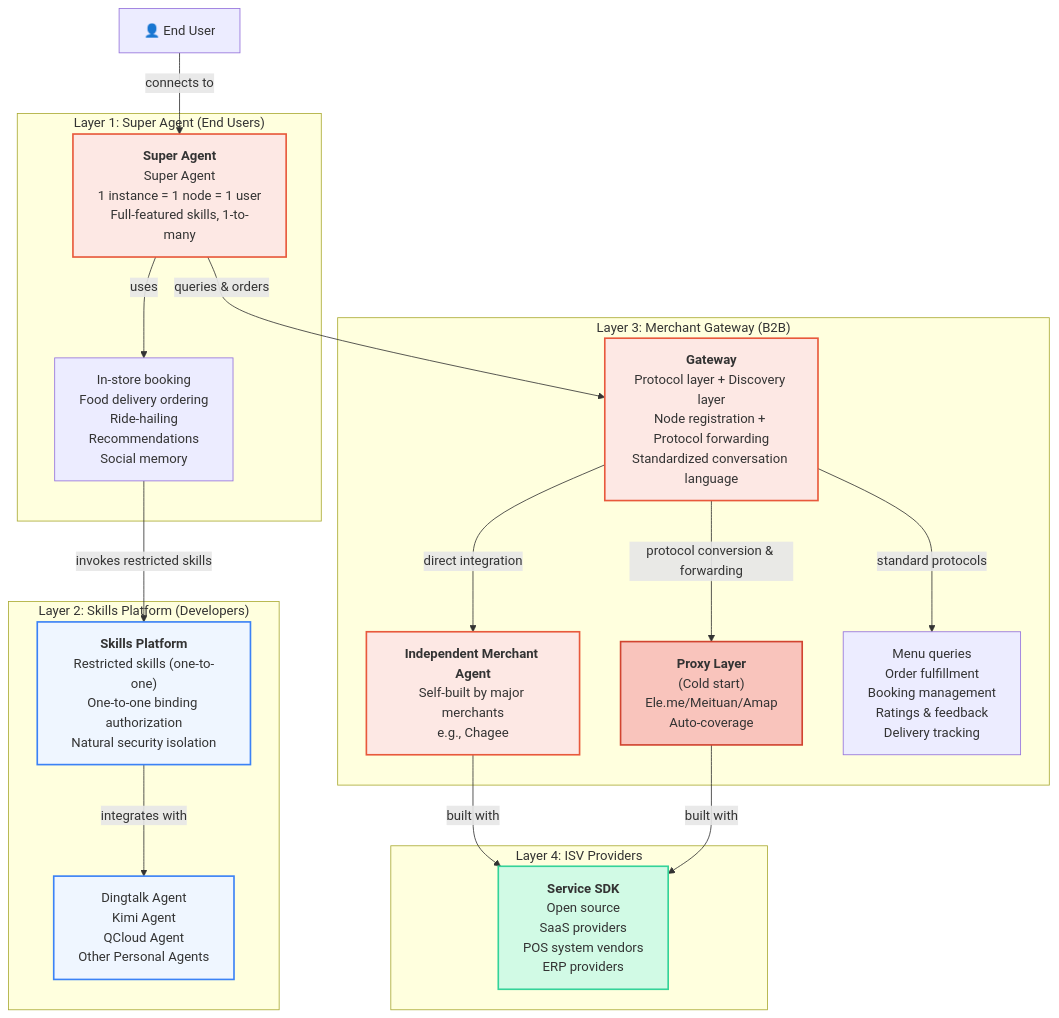
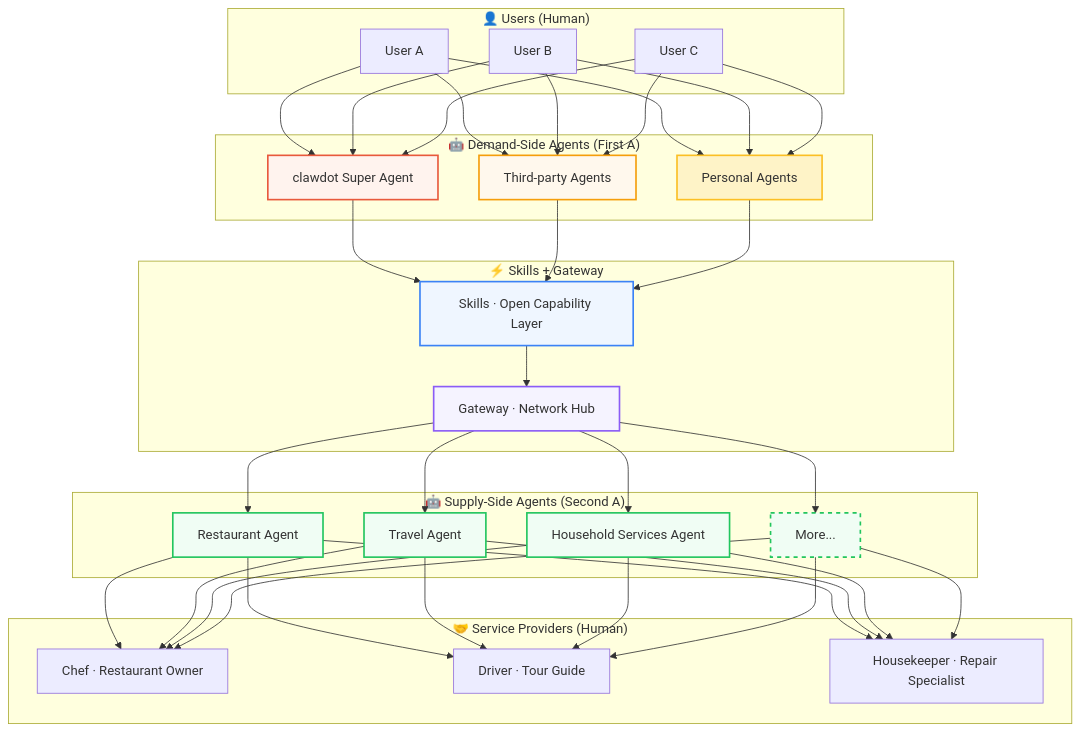
Before and after one commit to clawdot/docs: the diagram in en/overview/architecture.mdx, drawn with Mermaid. The commit also changed other lines of this file and 7 other files, not shown here.

````diff
--- a/en/overview/architecture.mdx
+++ b/en/overview/architecture.mdx
@@ -14,47 +14,48 @@
 ```mermaid
 graph TB
-    User["👤 End User"]
-
-    subgraph Layer1["Layer 1: Super Agent (End Users)"]
-        SA["<b>Super Agent</b><br/>Super Agent<br/>1 instance = 1 node = 1 user<br/>Full-featured skills, 1-to-many"]
-        SA_Skills["In-store booking<br/>Food delivery ordering<br/>Ride-hailing<br/>Recommendations<br/>Social memory"]
+    subgraph Users["👤 Users (Human)"]
+        U1["User A"]
+        U2["User B"]
+        U3["User C"]
     end
 
-    subgraph Layer2["Layer 2: Skills Platform (Developers)"]
-        Skills["<b>Skills Platform</b><br/>Restricted skills (one-to-one)<br/>One-to-one binding authorization<br/>Natural security isolation"]
-        Agents["Dingtalk Agent<br/>Kimi Agent<br/>QCloud Agent<br/>Other Personal Agents"]
+    subgraph DemandAgents["🤖 Demand-Side Agents (First A)"]
+        SA["clawdot Super Agent"]
+        OA["Third-party Agents"]
+        PA["Personal Agents"]
     end
 
-    subgraph Layer3["Layer 3: Merchant Gateway (B2B)"]
-        GW["<b>Gateway</b><br/>Protocol layer + Discovery layer<br/>Node registration + Protocol forwarding<br/>Standardized conversation language"]
-        Proxy["<b>Proxy Layer</b><br/>(Cold start)<br/>Ele.me/Meituan/Amap<br/>Auto-coverage"]
-        IndependentAgent["<b>Independent Merchant Agent</b><br/>Self-built by major merchants<br/>e.g., Chagee"]
-        Protocols["Menu queries<br/>Order fulfillment<br/>Booking management<br/>Ratings & feedback<br/>Delivery tracking"]
+    subgraph CapabilityLayer["⚡ Skills + Gateway"]
+        SK["Skills · Open Capability Layer"]
+        GW["Gateway · Network Hub"]
     end
 
-    subgraph Layer4["Layer 4: ISV Providers"]
-        SDK["<b>Service SDK</b><br/>Open source<br/>SaaS providers<br/>POS system vendors<br/>ERP providers"]
+    subgraph SupplyAgents["🤖 Supply-Side Agents (Second A)"]
+        RA["Restaurant Agent"]
+        TA["Travel Agent"]
+        HA["Household Services Agent"]
+        MA["More..."]
     end
 
-    User -->|connects to| SA
-    SA -->|uses| SA_Skills
+    subgraph ServiceProviders["🤝 Service Providers (Human)"]
+        S1["Chef · Restaurant Owner"]
+        S2["Driver · Tour Guide"]
+        S3["Housekeeper · Repair Specialist"]
+    end
 
-    SA_Skills -->|invokes restricted skills| Skills
-    Skills -->|integrates with| Agents
+    U1 & U2 & U3 --> SA & OA & PA
+    SA & OA & PA --> SK
+    SK --> GW
+    GW --> RA & TA & HA & MA
+    RA & TA & HA & MA --> S1 & S2 & S3
 
-    SA -->|queries & orders| GW
-    GW -->|protocol conversion & forwarding| Proxy
-    GW -->|direct integration| IndependentAgent
-    GW -->|standard protocols| Protocols
-
-    IndependentAgent -->|built with| SDK
-    Proxy -->|built with| SDK
-
-    style SA fill:#fde8e4,stroke:#E8593C,stroke-width:2px
-    style Skills fill:#EFF6FF,stroke:#3B82F6,stroke-width:2px
-    style Agents fill:#EFF6FF,stroke:#3B82F6,stroke-width:2px
-    style GW fill:#fde8e4,stroke:#E8593C,stroke-width:2px
-    style Proxy fill:#f9c4bc,stroke:#D14430,stroke-width:2px
-    style IndependentAgent fill:#fde8e4,stroke:#E8593C,stroke-width:2px
-    style SDK fill:#D1FAE5,stroke:#34D399,stroke-width:2px
+    style SA fill:#FFF3EE,stroke:#E8593C,stroke-width:2px
+    style OA fill:#FFF8ED,stroke:#F59E0B,stroke-width:2px
+    style PA fill:#FEF3C7,stroke:#FBBF24,stroke-width:2px
+    style SK fill:#EFF6FF,stroke:#3B82F6,stroke-width:2px
+    style GW fill:#F5F3FF,stroke:#8B5CF6,stroke-width:2px
+    style RA fill:#F0FDF4,stroke:#22C55E,stroke-width:2px
+    style TA fill:#F0FDF4,stroke:#22C55E,stroke-width:2px
+    style HA fill:#F0FDF4,stroke:#22C55E,stroke-width:2px
+    style MA fill:#F0FDF4,stroke:#22C55E,stroke-width:2px,stroke-dasharray: 5 5
 ```
````
